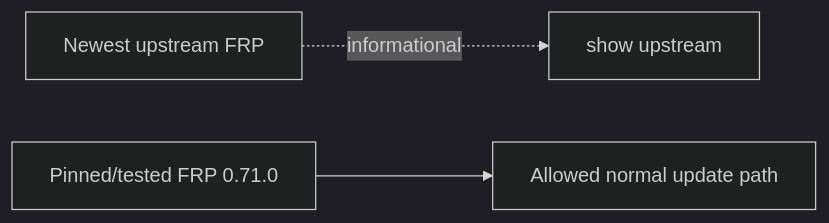
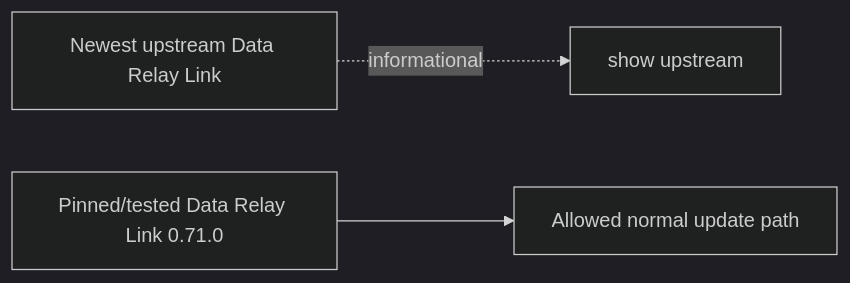
Before and after one commit to datarelay-labs/data-relay-link-docs: the third of 3 diagrams in operations/updates.mdx, drawn with Mermaid (dark theme). The commit also changed other lines of this file and 36 other files, not shown here.

````diff
--- a/operations/updates.mdx
+++ b/operations/updates.mdx
@@ -74,5 +74,5 @@
 ```mermaid
 flowchart LR
-    U[Newest upstream FRP] -. informational .-> C[show upstream]
-    P[Pinned/tested FRP 0.71.0] --> A[Allowed normal update path]
+    U[Newest upstream Data Relay Link] -. informational .-> C[show upstream]
+    P[Pinned/tested Data Relay Link 0.71.0] --> A[Allowed normal update path]
 ```
````
